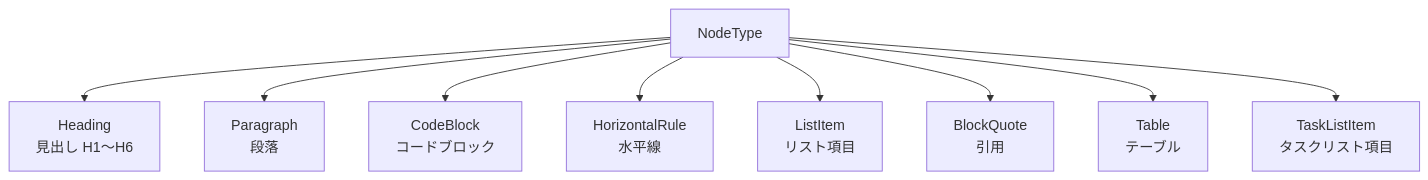
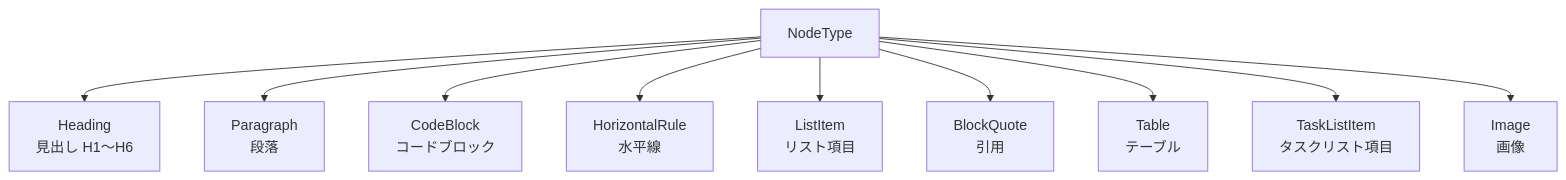
Before and after one commit to tanaton/mendo: diagram 17 of 28 in example/test.md, drawn with Mermaid. The commit also changed other lines of this file, not shown here.

Commit message:
検索機能と国際化の実装、Mermaidファイルキャッシュの追加

````diff
--- a/example/test.md
+++ b/example/test.md
@@ -1627,11 +1956,12 @@
 ```mermaid
 graph TD
     NT[NodeType] --> H[Heading<br>見出し H1〜H6]
     NT --> P[Paragraph<br>段落]
     NT --> CB[CodeBlock<br>コードブロック]
     NT --> HR[HorizontalRule<br>水平線]
     NT --> LI[ListItem<br>リスト項目]
     NT --> BQ[BlockQuote<br>引用]
     NT --> TBL[Table<br>テーブル]
     NT --> TLI[TaskListItem<br>タスクリスト項目]
+    NT --> IMG[Image<br>画像]
 ```
````
